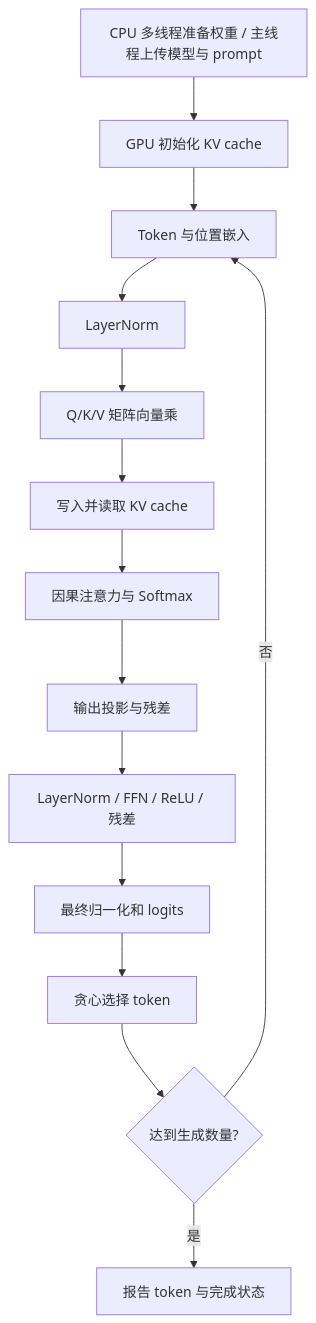
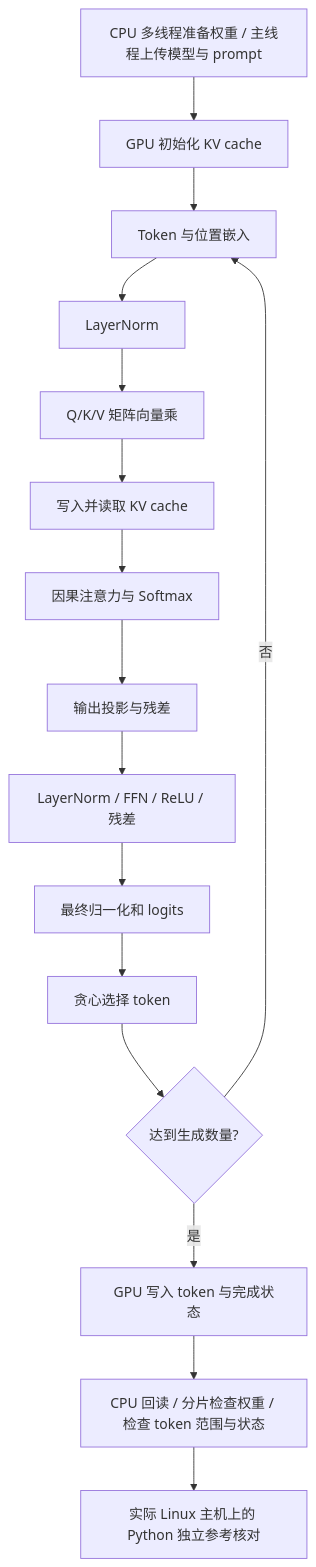
One commit to hy2581/vortex_StorageStacked changed the first of 2 diagrams in docs/03-LLM简要说明.md. Above: the diagram before and after it, drawn with Mermaid. The commit also changed other lines of this file and 5 other files, not shown here.

Commit message:
Document CPU GPU roles and gem5 multicore usage

````diff
--- a/docs/03-LLM简要说明.md
+++ b/docs/03-LLM简要说明.md
@@ -35,16 +42,18 @@
 ```mermaid
 flowchart TD
     A[CPU 多线程准备权重 / 主线程上传模型与 prompt] --> K0[GPU 初始化 KV cache]
     K0 --> B[Token 与位置嵌入]
     B --> C[LayerNorm]
     C --> D[Q/K/V 矩阵向量乘]
     D --> E[写入并读取 KV cache]
     E --> F[因果注意力与 Softmax]
     F --> G[输出投影与残差]
     G --> H[LayerNorm / FFN / ReLU / 残差]
     H --> I[最终归一化和 logits]
     I --> J[贪心选择 token]
     J --> K{达到生成数量?}
     K -- 否 --> B
-    K -- 是 --> L[报告 token 与完成状态]
+    K -- 是 --> L[GPU 写入 token 与完成状态]
+    L --> M[CPU 回读 / 分片检查权重 / 检查 token 范围与状态]
+    M --> N[实际 Linux 主机上的 Python 独立参考核对]
 ```
````
